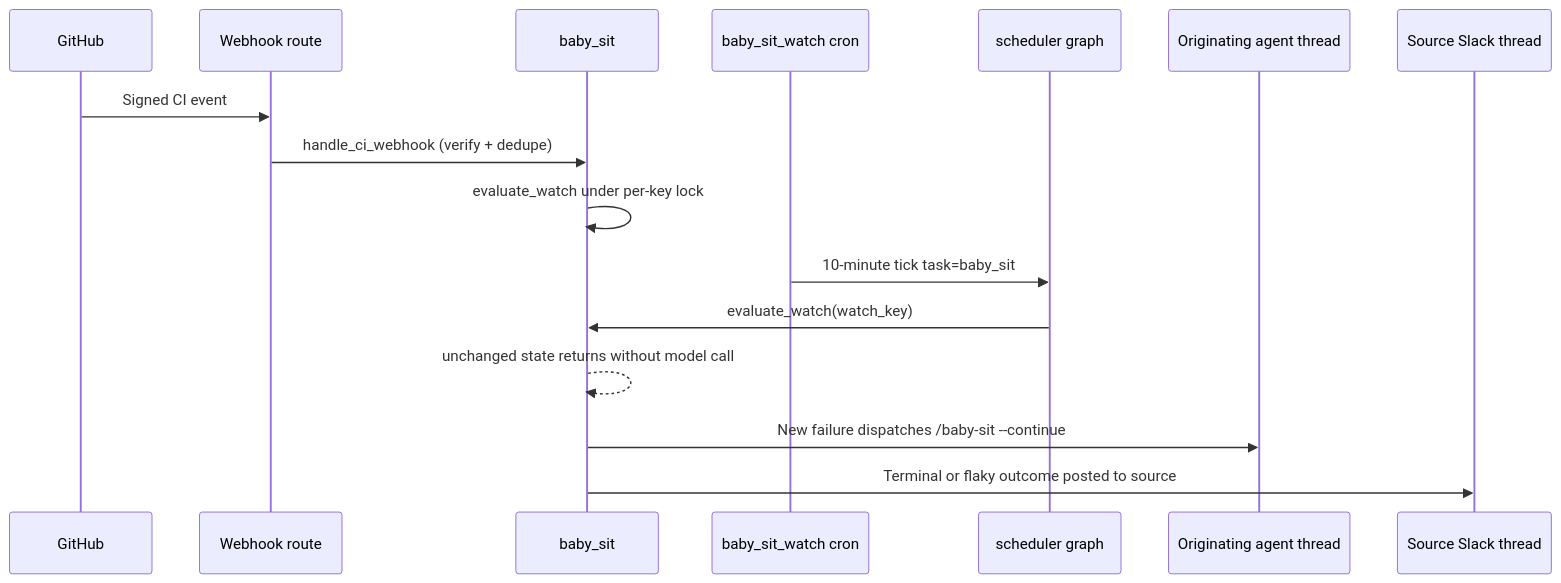
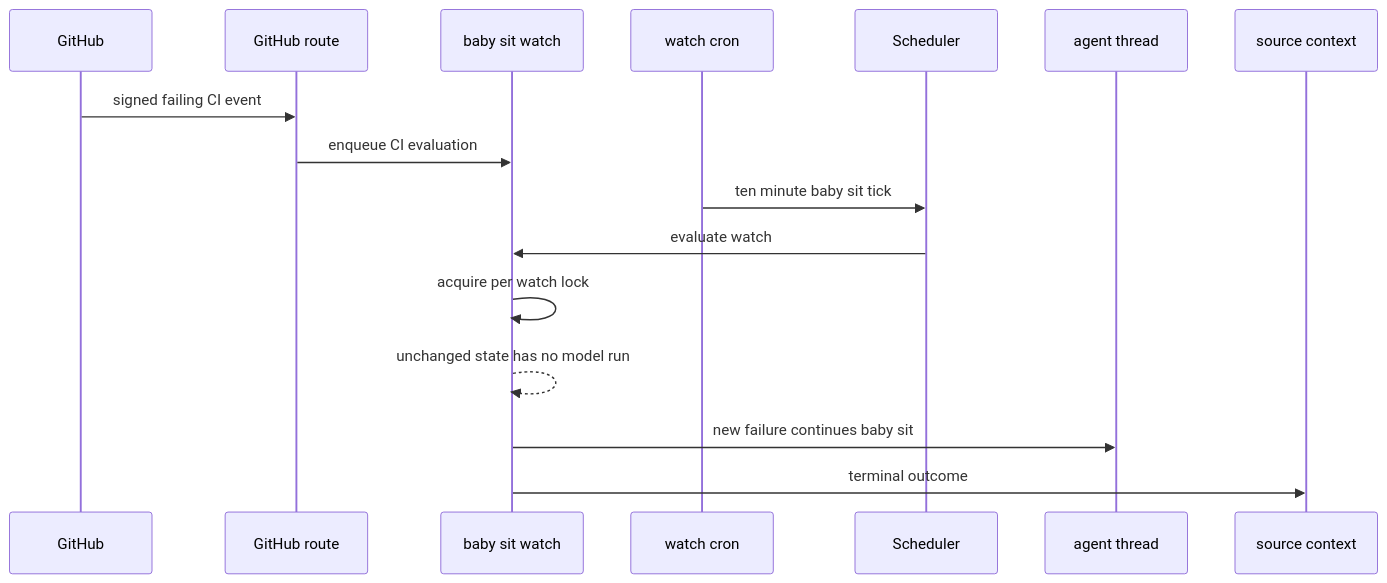
The second of 2 diagrams in openwiki/workflows/scheduling-and-baby-sit.md (langchain-ai/open-swe), drawn with Mermaid before and after one commit. The commit also changed other lines of this file and 52 other files, not shown here.

````diff
--- a/openwiki/workflows/scheduling-and-baby-sit.md
+++ b/openwiki/workflows/scheduling-and-baby-sit.md
@@ -203,19 +127,19 @@
 ```mermaid
 sequenceDiagram
-  participant GH as GitHub
-  participant Hook as Webhook route
-  participant Baby as baby_sit
-  participant Cron as baby_sit_watch cron
-  participant Sched as scheduler graph
-  participant Agent as Originating agent thread
-  participant Src as Source Slack thread
+  participant GitHub
+  participant Route as GitHub route
+  participant Watcher as baby sit watch
+  participant Cron as watch cron
+  participant Scheduler
+  participant Thread as agent thread
+  participant Source as source context
 
-  GH->>Hook: Signed CI event
-  Hook->>Baby: handle_ci_webhook (verify + dedupe)
-  Baby->>Baby: evaluate_watch under per-key lock
-  Cron->>Sched: 10-minute tick task=baby_sit
-  Sched->>Baby: evaluate_watch(watch_key)
-  Baby-->>Baby: unchanged state returns without model call
-  Baby->>Agent: New failure dispatches /baby-sit --continue
-  Baby->>Src: Terminal or flaky outcome posted to source
+  GitHub->>Route: signed failing CI event
+  Route->>Watcher: enqueue CI evaluation
+  Cron->>Scheduler: ten minute baby sit tick
+  Scheduler->>Watcher: evaluate watch
+  Watcher->>Watcher: acquire per watch lock
+  Watcher-->>Watcher: unchanged state has no model run
+  Watcher->>Thread: new failure continues baby sit
+  Watcher->>Source: terminal outcome
 ```
````
